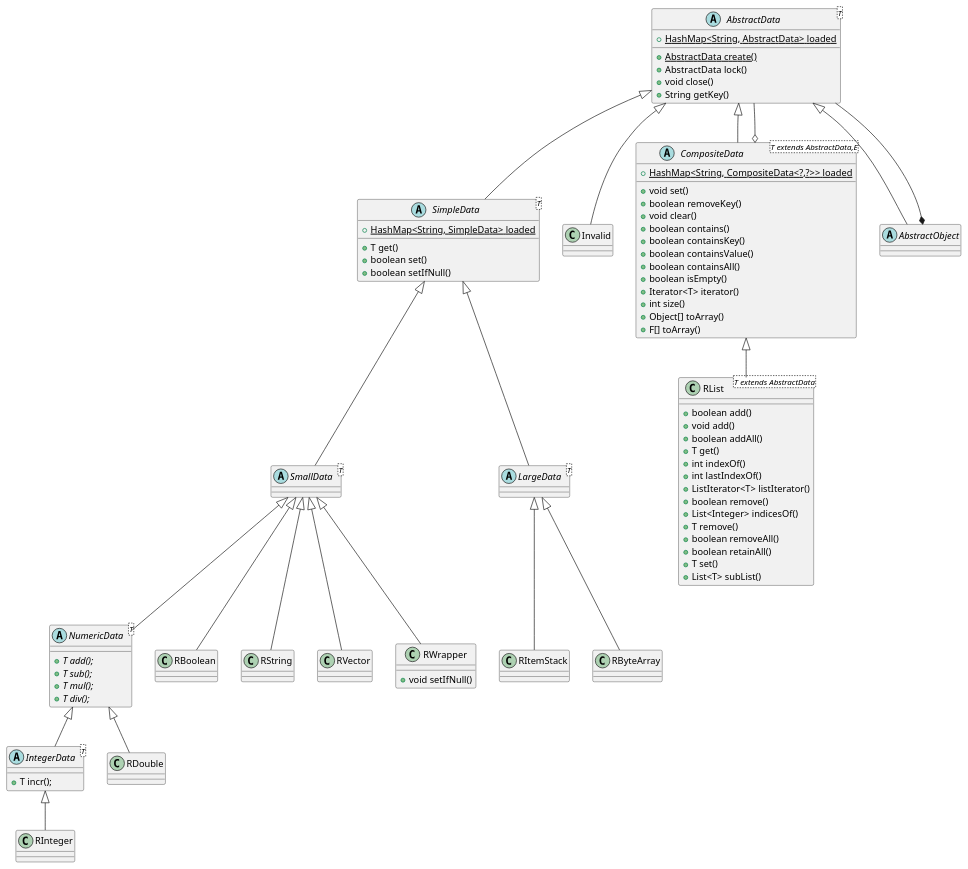
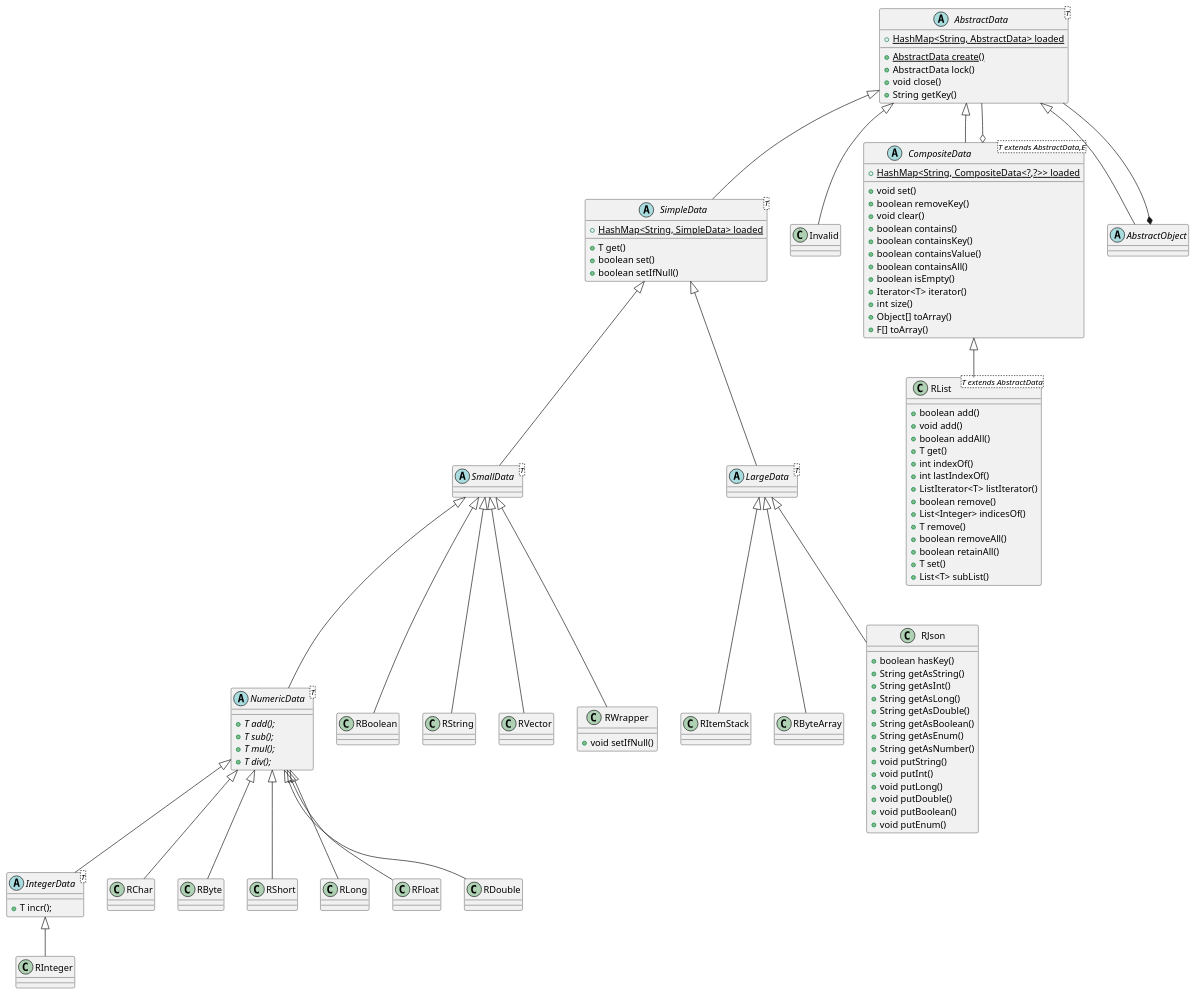
The diagram in DataTypes.puml (chrisb09/firecord), drawn with PlantUML before and after one commit. The commit also changed 1 other file, not shown here.

Commit message:
update DataTypes diagram

```diff
--- a/DataTypes.puml
+++ b/DataTypes.puml
@@ -1,121 +1,158 @@
 @startuml DataType
 
 abstract AbstractData
 
 abstract AbstractData <T> {
     + {static} HashMap<String, AbstractData> loaded
     + {static} AbstractData create()
     + AbstractData lock()
     + void close()
     + String getKey()
 }
 
 abstract SmallData <T> extends SimpleData {
 
 }
 
 abstract LargeData <T> extends SimpleData {
 
 }
 
 abstract SimpleData<T> extends AbstractData {
     + {static} HashMap<String, SimpleData> loaded
     + T get()
     + boolean set()
     + boolean setIfNull()
 }
 
 class Invalid extends AbstractData {
 
 }
 
 abstract NumericData<T> extends SmallData {
     + {abstract} T add();
     + {abstract} T sub();
     + {abstract} T mul();
     + {abstract} T div();
 }
 
 abstract IntegerData<T> extends NumericData {
     + T incr();
 }
 
 class RBoolean extends SmallData {
     
 }
 
+class RChar extends NumericData {
+    
+}
+
 class RString extends SmallData {
     
 }
 
 class RVector extends SmallData {
     
 }
 
 class RWrapper extends SmallData {
     + void setIfNull()
 }
 
+class RByte extends NumericData {
+    
+}
+
+class RShort extends NumericData {
+    
+}
+
 class RInteger extends IntegerData {
 
+}
+
+class RLong extends NumericData {
+    
+}
+
+class RFloat extends NumericData {
+    
 }
 
 class RDouble extends NumericData {
 
 }
 
 
 class RItemStack extends LargeData {
     
 }
 
 class RByteArray extends LargeData {
     
+}
+
+class RJson extends LargeData {
+    + boolean hasKey()
+    + String getAsString()
+    + String getAsInt()
+    + String getAsLong()
+    + String getAsDouble()
+    + String getAsBoolean()
+    + String getAsEnum()
+    + String getAsNumber()
+    + void putString()
+    + void putInt()
+    + void putLong()
+    + void putDouble()
+    + void putBoolean()
+    + void putEnum()
 }
 
 
 abstract CompositeData <T extends AbstractData,E> extends AbstractData {
     + {static} HashMap<String, CompositeData<?,?>> loaded
     + void set()
     + boolean removeKey()
     + void clear()
     + boolean contains()
     + boolean containsKey()
     + boolean containsValue()
     + boolean containsAll()
     + boolean isEmpty()
     + Iterator<T> iterator()
     + int size()
     + Object[] toArray()
     + F[] toArray()
 }
 
 class RList <T extends AbstractData> extends CompositeData {
     + boolean add()
     + void add()
     + boolean addAll()
     + T get()
     + int indexOf()
     + int lastIndexOf()
     + ListIterator<T> listIterator()
     + boolean remove()
     + List<Integer> indicesOf()
     + T remove()
     + boolean removeAll()
     + boolean retainAll()
     + T set()
     + List<T> subList()
 
 }
 
 CompositeData o-- AbstractData
 
 abstract AbstractObject extends AbstractData {
 
 }
 
 AbstractObject *-- AbstractData
 
 
 
 @enduml
```
